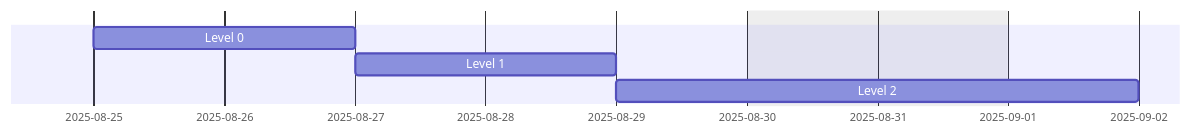
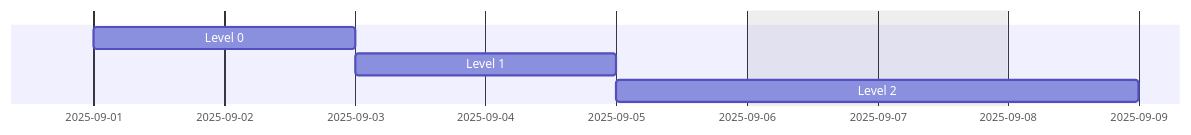
The diagram in level-0/README.md (fhnw-imvs/fhnw-ipro-indoor-climate), drawn with Mermaid before and after one commit.

````diff
--- a/level-0/README.md
+++ b/level-0/README.md
@@ -2,9 +2,9 @@
 ```mermaid
 gantt
     dateFormat YYYY-MM-DD
     tickInterval 1day
     excludes Saturday, Sunday
-    Level 0 :t0, 2025-08-25, 2d
+    Level 0 :t0, 2025-09-01, 2d
     Level 1 :t1, after t0, 2d
     Level 2 :t2, after t1, 2d
 ```
````
